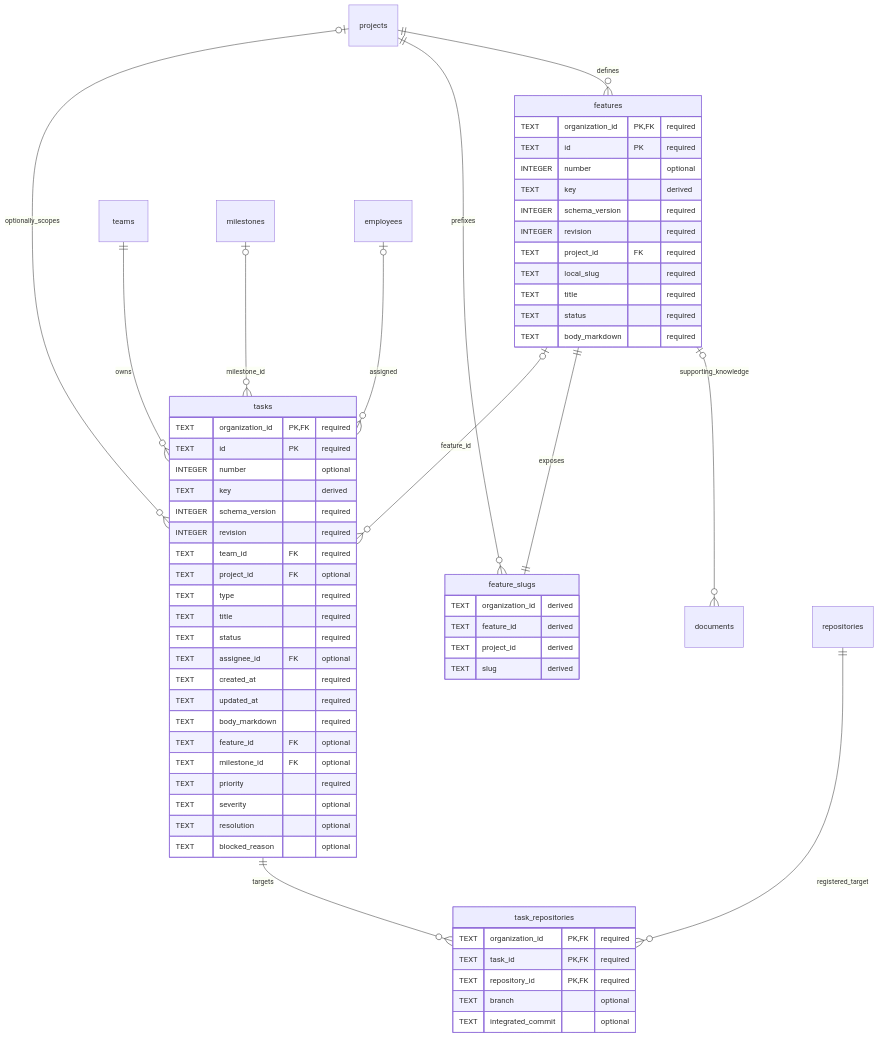
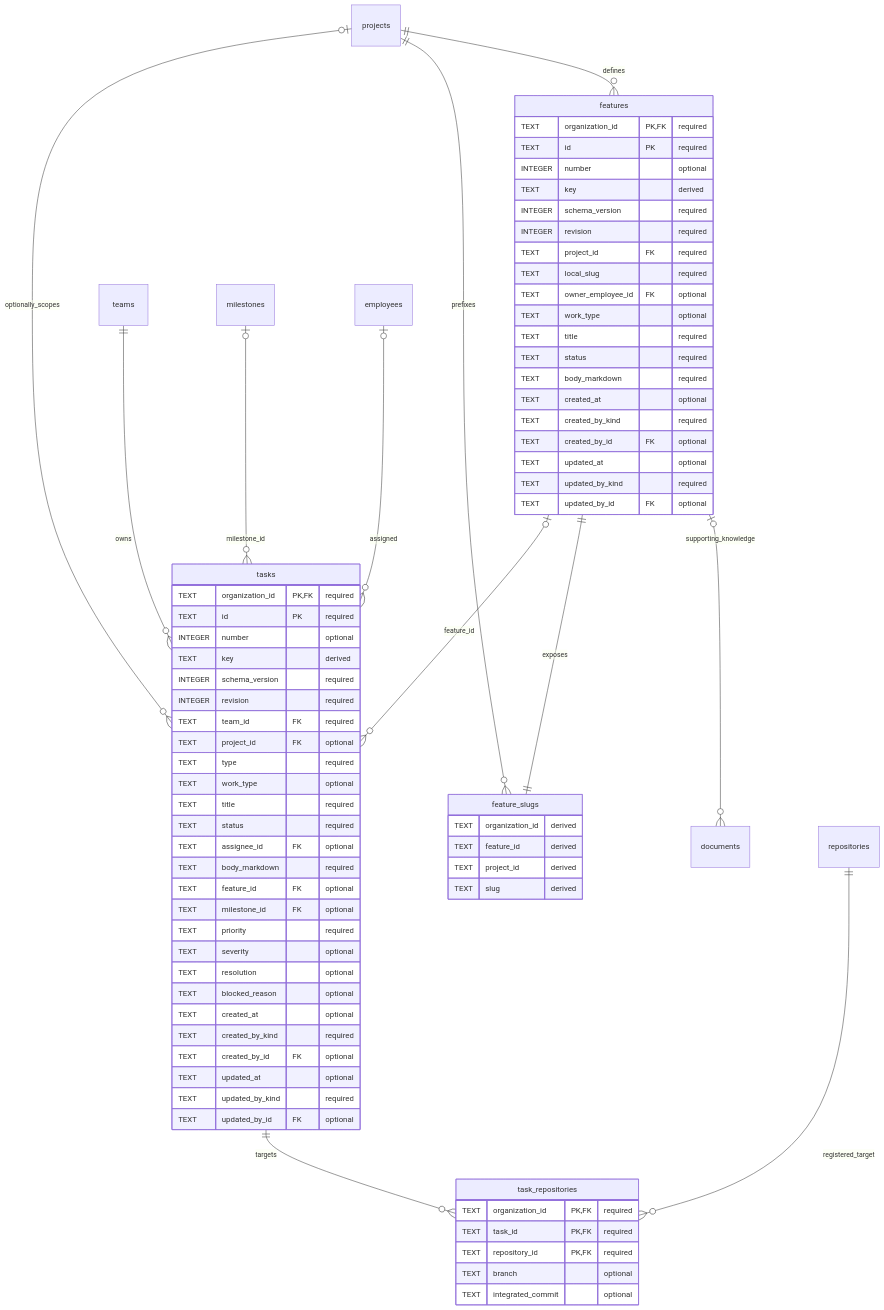
One commit to vgmello/agentic-org changed the first of 2 diagrams in docs/design/organization-data/03-features-and-work.md. Above: the diagram before and after it, drawn with Mermaid. The commit also changed other lines of this file and 9 other files, not shown here.

````diff
--- a/docs/design/organization-data/03-features-and-work.md
+++ b/docs/design/organization-data/03-features-and-work.md
@@ -9,63 +9,76 @@
 ```mermaid
 erDiagram
     projects ||--o{ features : defines
     features o|--o{ documents : supporting_knowledge
     projects ||--o{ feature_slugs : prefixes
     features ||--|| feature_slugs : exposes
     teams ||--o{ tasks : owns
     projects o|--o{ tasks : optionally_scopes
     features o|--o{ tasks : feature_id
     milestones o|--o{ tasks : milestone_id
     employees o|--o{ tasks : assigned
     tasks ||--o{ task_repositories : targets
     repositories ||--o{ task_repositories : registered_target
     features {
         TEXT organization_id PK, FK "required"
         TEXT id PK "required"
         INTEGER number "optional"
         TEXT key "derived"
         INTEGER schema_version "required"
         INTEGER revision "required"
         TEXT project_id FK "required"
         TEXT local_slug "required"
+        TEXT owner_employee_id FK "optional"
+        TEXT work_type "optional"
         TEXT title "required"
         TEXT status "required"
         TEXT body_markdown "required"
+        TEXT created_at "optional"
+        TEXT created_by_kind "required"
+        TEXT created_by_id FK "optional"
+        TEXT updated_at "optional"
+        TEXT updated_by_kind "required"
+        TEXT updated_by_id FK "optional"
     }
     feature_slugs {
         TEXT organization_id "derived"
         TEXT feature_id "derived"
         TEXT project_id "derived"
         TEXT slug "derived"
     }
     tasks {
         TEXT organization_id PK, FK "required"
         TEXT id PK "required"
         INTEGER number "optional"
         TEXT key "derived"
         INTEGER schema_version "required"
         INTEGER revision "required"
         TEXT team_id FK "required"
         TEXT project_id FK "optional"
         TEXT type "required"
+        TEXT work_type "optional"
         TEXT title "required"
         TEXT status "required"
         TEXT assignee_id FK "optional"
-        TEXT created_at "required"
-        TEXT updated_at "required"
         TEXT body_markdown "required"
         TEXT feature_id FK "optional"
         TEXT milestone_id FK "optional"
         TEXT priority "required"
         TEXT severity "optional"
         TEXT resolution "optional"
         TEXT blocked_reason "optional"
+        TEXT created_at "optional"
+        TEXT created_by_kind "required"
+        TEXT created_by_id FK "optional"
+        TEXT updated_at "optional"
+        TEXT updated_by_kind "required"
+        TEXT updated_by_id FK "optional"
     }
     task_repositories {
         TEXT organization_id PK, FK "required"
         TEXT task_id PK, FK "required"
         TEXT repository_id PK, FK "required"
         TEXT branch "optional"
         TEXT integrated_commit "optional"
     }
 ```
````
